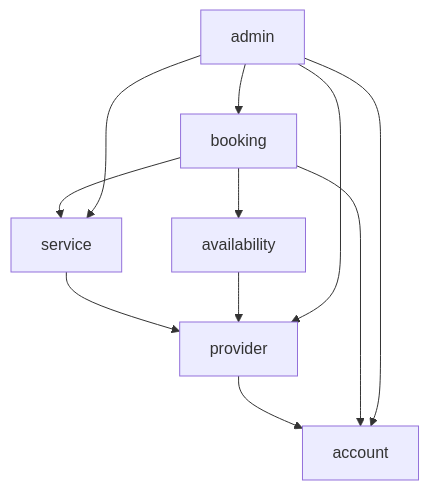
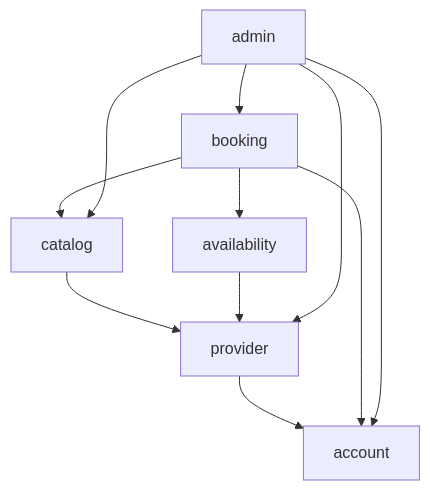
Before and after one commit to wankamdypuedilane/proxilink: the second of 3 diagrams in docs/architecture/initial-architecture.md, drawn with Mermaid. The commit also changed other lines of this file and 25 other files, not shown here.

````diff
--- a/docs/architecture/initial-architecture.md
+++ b/docs/architecture/initial-architecture.md
@@ -56,20 +56,20 @@
 ```mermaid
 flowchart TD
     ACCOUNT[account]
     PROVIDER[provider]
-    SERVICE[service]
+    CATALOG[catalog]
     AVAILABILITY[availability]
     BOOKING[booking]
     ADMIN[admin]
 
     PROVIDER --> ACCOUNT
-    SERVICE --> PROVIDER
+    CATALOG --> PROVIDER
     AVAILABILITY --> PROVIDER
     BOOKING --> ACCOUNT
-    BOOKING --> SERVICE
+    BOOKING --> CATALOG
     BOOKING --> AVAILABILITY
     ADMIN --> ACCOUNT
     ADMIN --> PROVIDER
-    ADMIN --> SERVICE
+    ADMIN --> CATALOG
     ADMIN --> BOOKING
 ```
````
